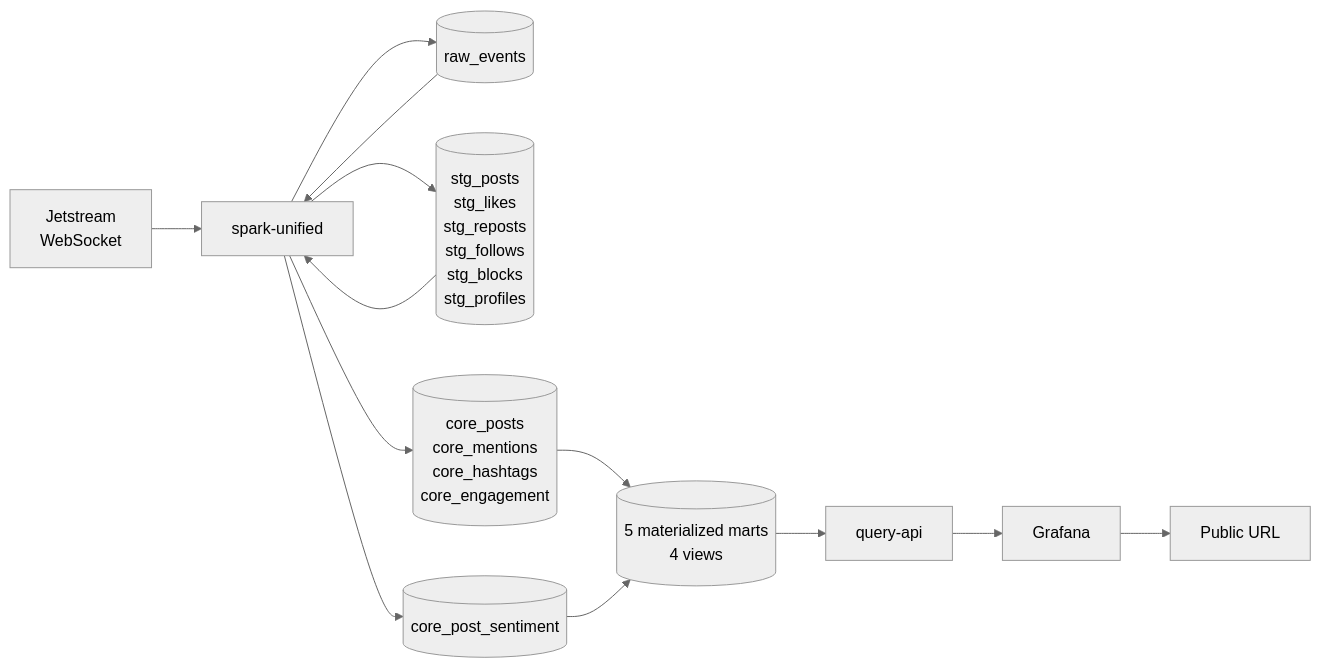
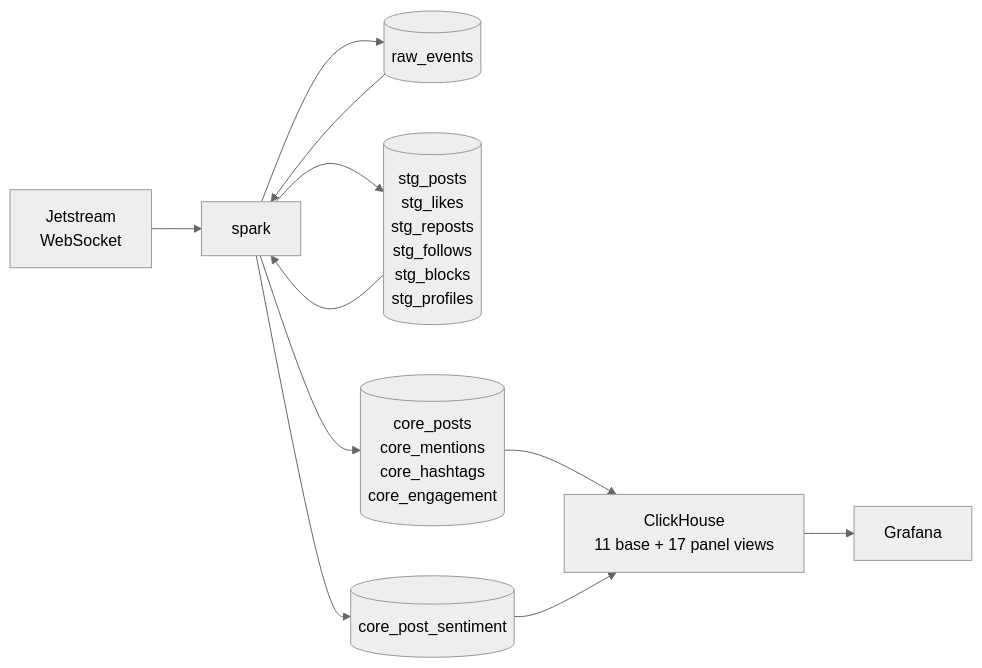
One commit to joshlizana/atomosphere changed the first of 2 diagrams in docs/BRD.md. Above: the diagram before and after it, drawn with Mermaid (neutral theme). The commit also changed other lines of this file and 19 other files, not shown here.

````diff
--- a/docs/BRD.md
+++ b/docs/BRD.md
@@ -267,14 +261,12 @@
 ```mermaid
 flowchart LR
-    JS[Jetstream\nWebSocket] --> SU[spark-unified]
+    JS[Jetstream\nWebSocket] --> SU[spark]
     SU --> RAW[(raw_events)]
     RAW --> SU
     SU --> STG[(stg_posts\nstg_likes\nstg_reposts\nstg_follows\nstg_blocks\nstg_profiles)]
     STG --> SU
     SU --> CORE[(core_posts\ncore_mentions\ncore_hashtags\ncore_engagement)]
     SU --> SENT[(core_post_sentiment)]
-    CORE & SENT --> MART[(5 materialized marts\n4 views)]
-    MART --> ST[query-api]
-    ST --> GF[Grafana]
-    GF --> PU[Public URL]
+    CORE & SENT --> CH[ClickHouse\n11 base + 17 panel views]
+    CH --> GF[Grafana]
 ```
````
